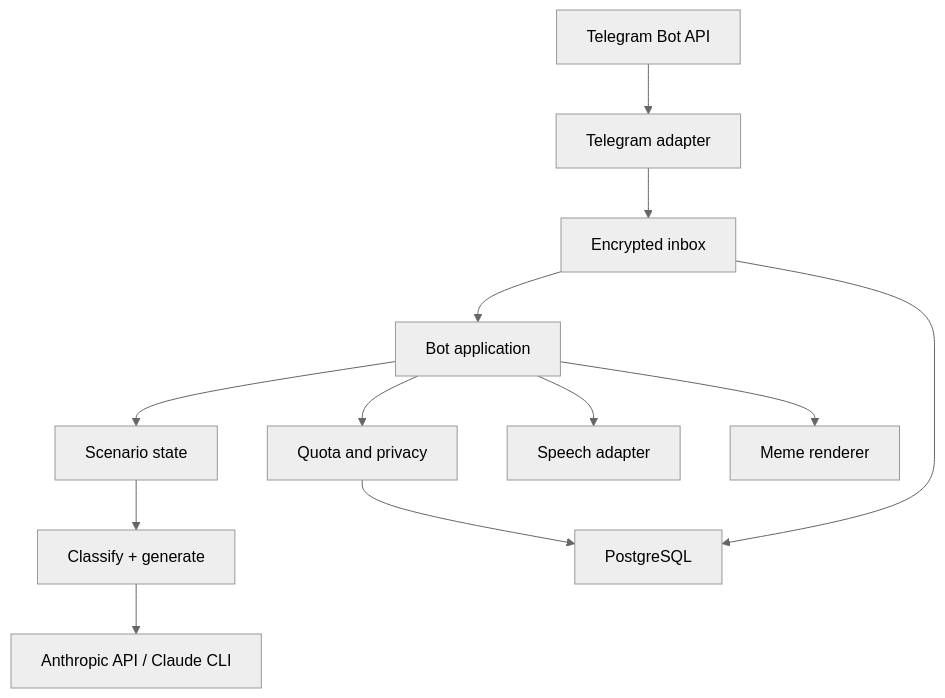
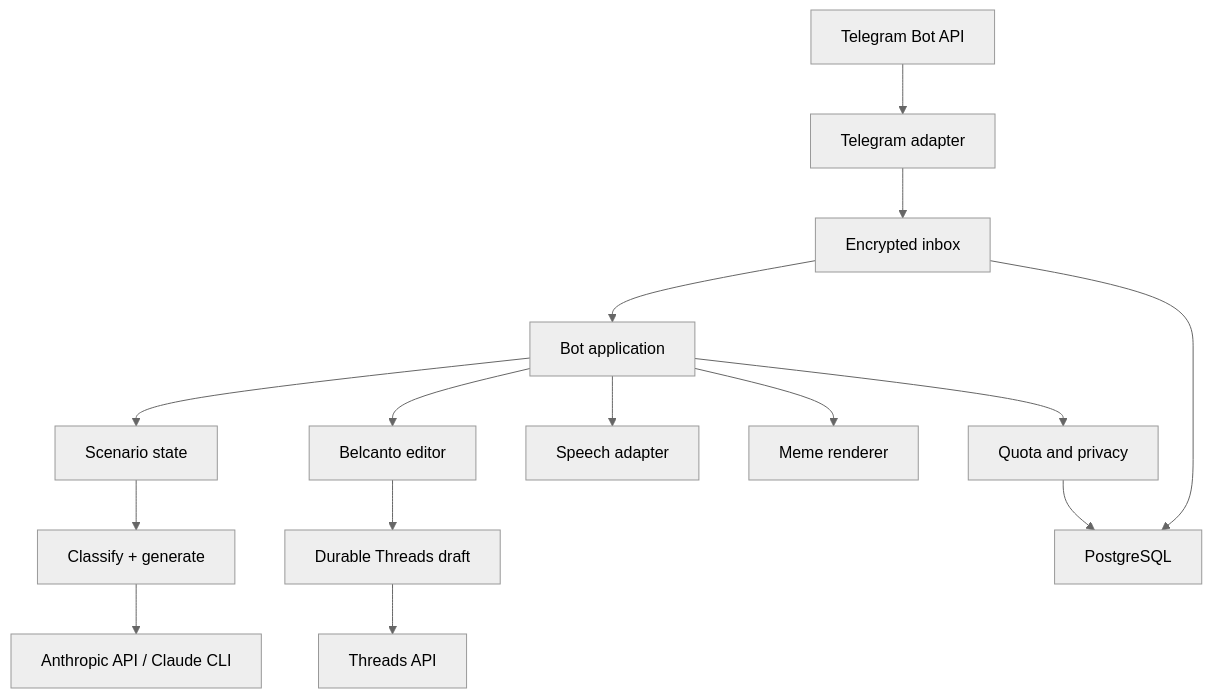
One commit to aleka7sk/witty-reply changed the diagram in docs/architecture.md. Above: the diagram before and after it, drawn with Mermaid (neutral theme). The commit also changed other lines of this file and 37 other files, not shown here.

Commit message:
feat: add Belcanto Threads copilot

````diff
--- a/docs/architecture.md
+++ b/docs/architecture.md
@@ -5,14 +5,17 @@
 ```mermaid
 flowchart TD
     TG["Telegram Bot API"] --> T["Telegram adapter"]
     T --> QI["Encrypted inbox"]
     QI --> B["Bot application"]
     B --> Q["Quota and privacy"]
     B --> MODE["Scenario state"]
     MODE --> AI["Classify + generate"]
     B --> STT["Speech adapter"]
     B --> MEME["Meme renderer"]
+    B --> EDIT["Belcanto editor"]
+    EDIT --> TD["Durable Threads draft"]
+    TD --> TH["Threads API"]
     Q --> PG["PostgreSQL"]
     QI --> PG
     AI --> C["Anthropic API / Claude CLI"]
 ```
````
